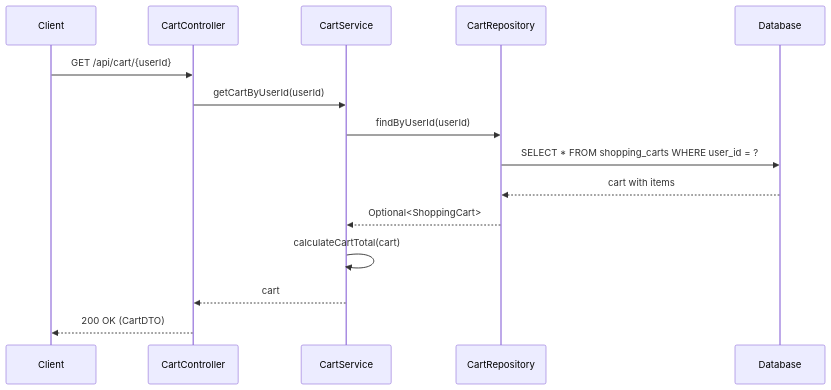
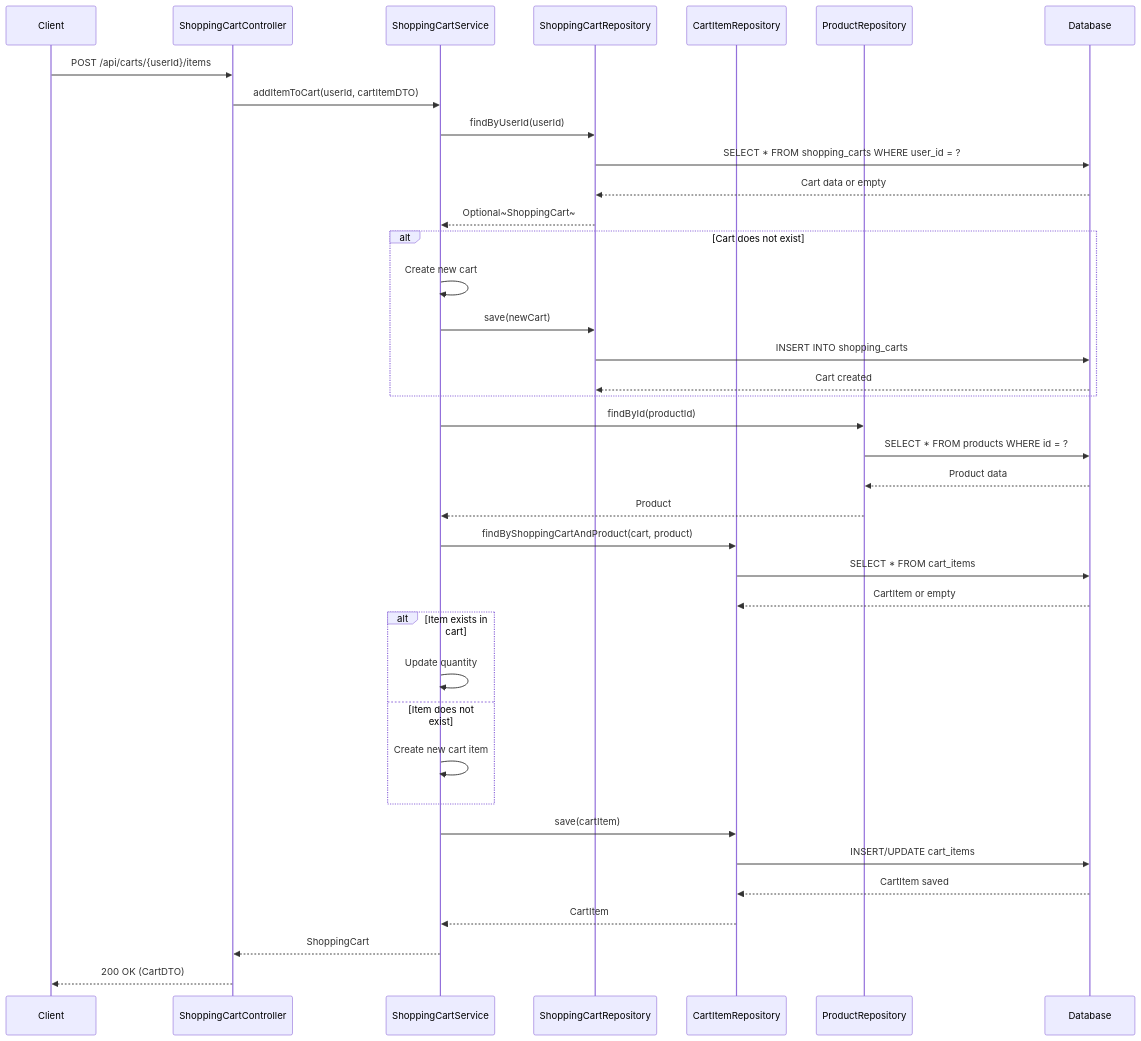
Before and after one commit to NavneetBN47/aava-ecom-demo: the tenth of 13 diagrams in docs/LLD/modified_lld.md, drawn with Mermaid. The commit also changed other lines of this file, not shown here.

````diff
--- a/docs/LLD/modified_lld.md
+++ b/docs/LLD/modified_lld.md
@@ -515,18 +449,46 @@
 ```mermaid
 sequenceDiagram
     participant Client
-    participant CartController
-    participant CartService
-    participant CartRepository
+    participant ShoppingCartController
+    participant ShoppingCartService
+    participant ShoppingCartRepository
+    participant CartItemRepository
+    participant ProductRepository
     participant Database
 
-    Client->>CartController: GET /api/cart/{userId}
-    CartController->>CartService: getCartByUserId(userId)
-    CartService->>CartRepository: findByUserId(userId)
-    CartRepository->>Database: SELECT * FROM shopping_carts WHERE user_id = ?
-    Database-->>CartRepository: cart with items
-    CartRepository-->>CartService: Optional<ShoppingCart>
-    CartService->>CartService: calculateCartTotal(cart)
-    CartService-->>CartController: cart
-    CartController-->>Client: 200 OK (CartDTO)
+    Client->>ShoppingCartController: POST /api/carts/{userId}/items
+    ShoppingCartController->>ShoppingCartService: addItemToCart(userId, cartItemDTO)
+    ShoppingCartService->>ShoppingCartRepository: findByUserId(userId)
+    ShoppingCartRepository->>Database: SELECT * FROM shopping_carts WHERE user_id = ?
+    Database-->>ShoppingCartRepository: Cart data or empty
+    ShoppingCartRepository-->>ShoppingCartService: Optional~ShoppingCart~
+    
+    alt Cart does not exist
+        ShoppingCartService->>ShoppingCartService: Create new cart
+        ShoppingCartService->>ShoppingCartRepository: save(newCart)
+        ShoppingCartRepository->>Database: INSERT INTO shopping_carts
+        Database-->>ShoppingCartRepository: Cart created
+    end
+    
+    ShoppingCartService->>ProductRepository: findById(productId)
+    ProductRepository->>Database: SELECT * FROM products WHERE id = ?
+    Database-->>ProductRepository: Product data
+    ProductRepository-->>ShoppingCartService: Product
+    
+    ShoppingCartService->>CartItemRepository: findByShoppingCartAndProduct(cart, product)
+    CartItemRepository->>Database: SELECT * FROM cart_items
+    Database-->>CartItemRepository: CartItem or empty
+    
+    alt Item exists in cart
+        ShoppingCartService->>ShoppingCartService: Update quantity
+    else Item does not exist
+        ShoppingCartService->>ShoppingCartService: Create new cart item
+    end
+    
+    ShoppingCartService->>CartItemRepository: save(cartItem)
+    CartItemRepository->>Database: INSERT/UPDATE cart_items
+    Database-->>CartItemRepository: CartItem saved
+    CartItemRepository-->>ShoppingCartService: CartItem
+    ShoppingCartService-->>ShoppingCartController: ShoppingCart
+    ShoppingCartController-->>Client: 200 OK (CartDTO)
 ```
````
